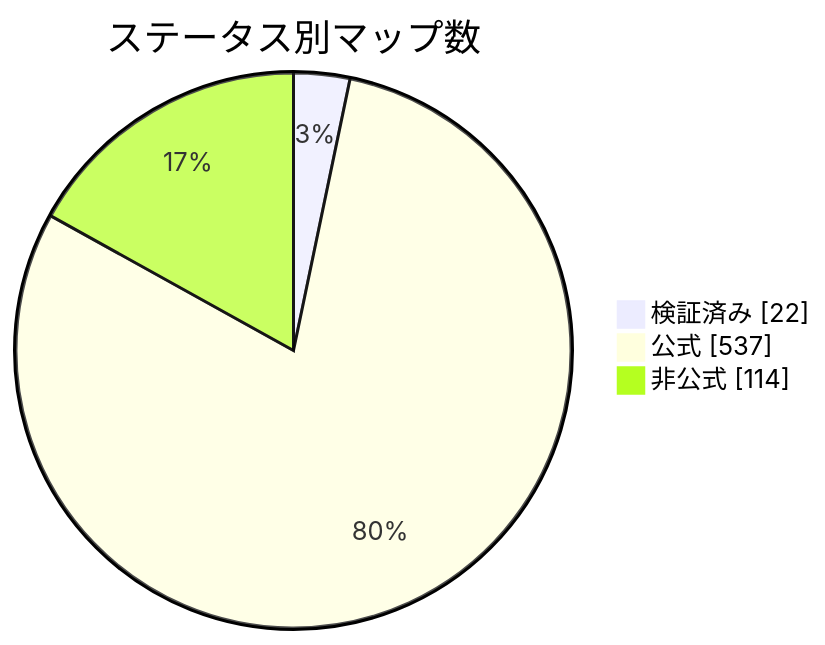
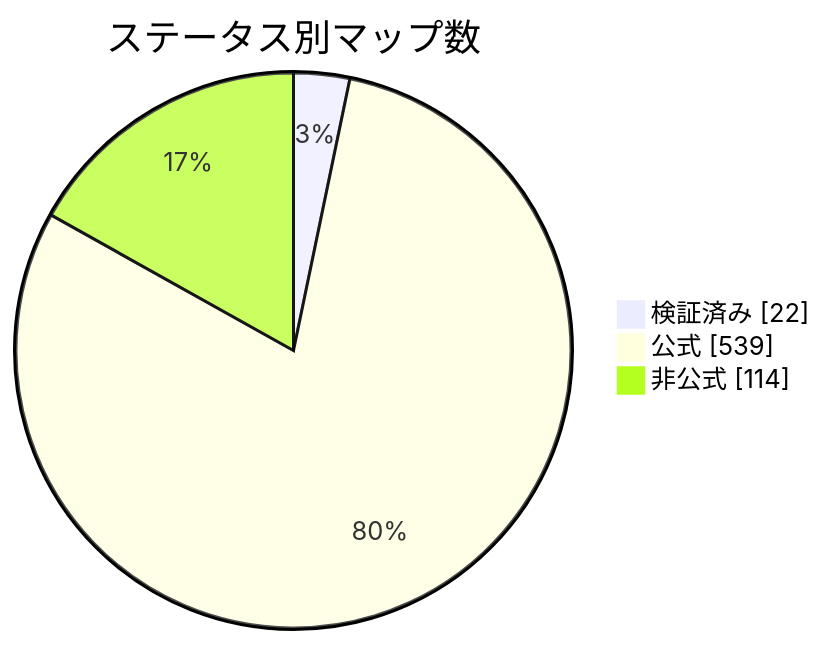
Before and after one commit to nobrega8/mbmap-library: the diagram in docs/readme/README_JP.md, drawn with Mermaid. The commit also changed 7 other files, not shown here.

````diff
--- a/docs/readme/README_JP.md
+++ b/docs/readme/README_JP.md
@@ -54,7 +54,7 @@
 ```mermaid
 pie showData
     title ステータス別マップ数
     "検証済み" : 22
-    "公式" : 537
+    "公式" : 539
     "非公式" : 114
 ```
````
